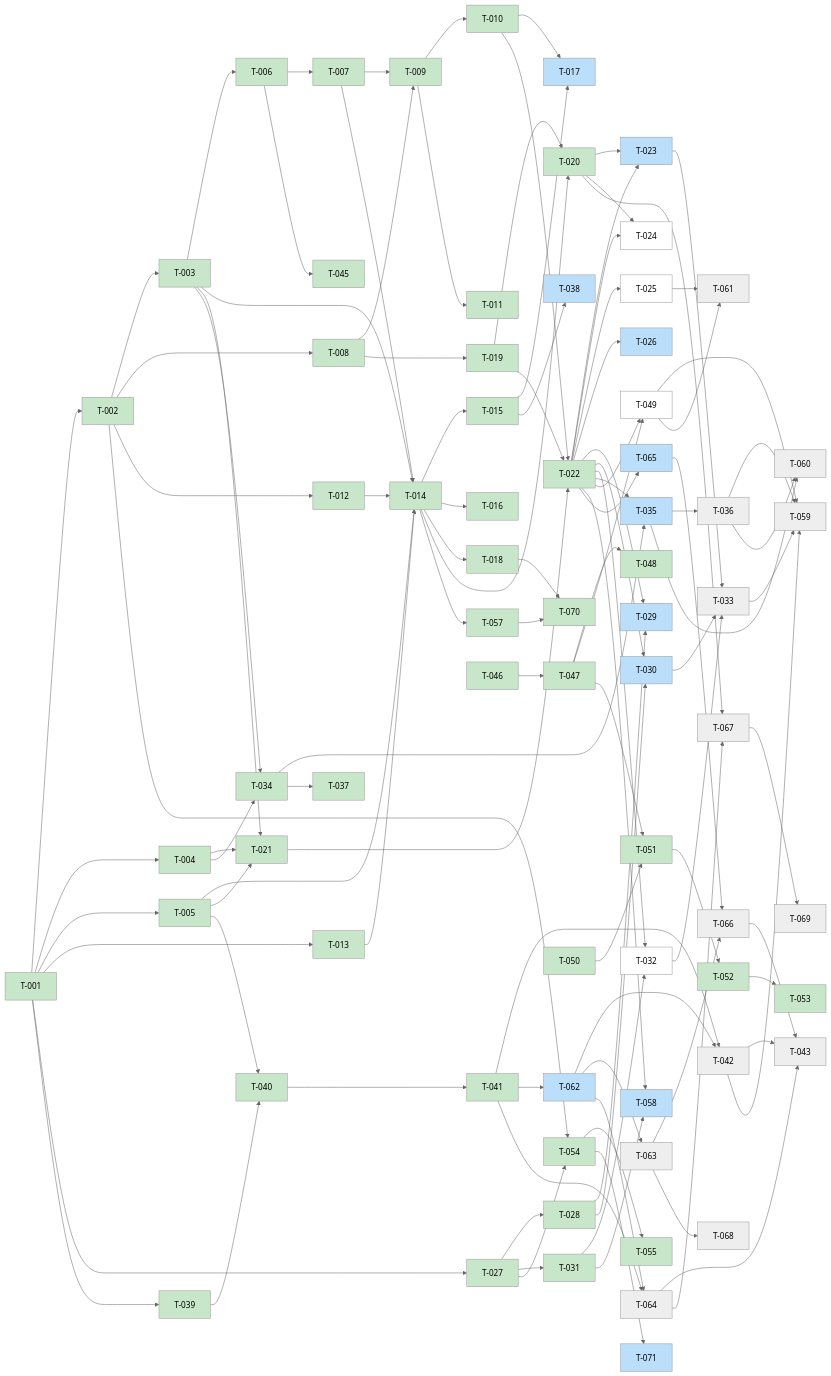
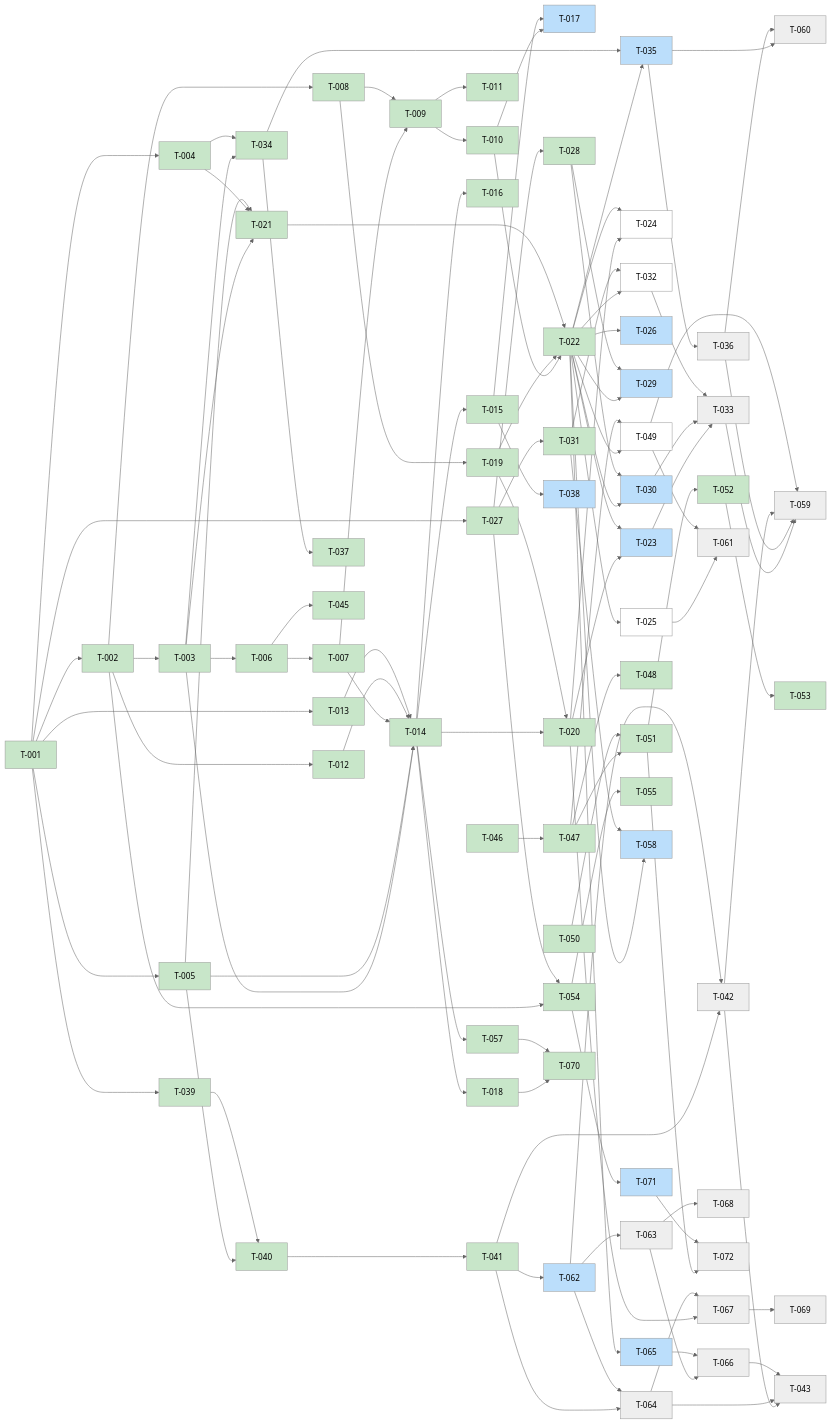
Before and after one commit to scholtz/biatec-chat: the diagram in kanban/BOARD.md, drawn with Mermaid (neutral theme). The commit also changed other lines of this file and 2 other files, not shown here.

Commit message:
kanban: add T-072 (failing authenticator enrollment tests), follow-up of T-071

````diff
--- a/kanban/BOARD.md
+++ b/kanban/BOARD.md
@@ -210,6 +211,8 @@
   T018[T-018] --> T070[T-070]
   T057[T-057] --> T070[T-070]
   T054[T-054] --> T071[T-071]
+  T051[T-051] --> T072[T-072]
+  T071[T-071] --> T072[T-072]
   classDef done fill:#c8e6c9
   classDef review fill:#fff9c4
   classDef inprogress fill:#bbdefb
@@ -218,5 +221,5 @@
   class T001,T002,T003,T004,T005,T006,T007,T008,T009,T010,T011,T012,T013,T014,T015,T016,T018,T019,T020,T021,T022,T027,T028,T031,T034,T037,T039,T040,T041,T044,T045,T046,T047,T048,T050,T051,T052,T053,T054,T055,T056,T057,T070 done
   class T023,T017,T029,T030,T035,T038,T062,T071,T026,T065,T058 inprogress
   class T024,T032,T049,T025 backlog
-  class T042,T033,T036,T059,T063,T064,T043,T066,T068,T060,T061,T067,T069 blocked
+  class T042,T033,T036,T059,T063,T064,T043,T066,T068,T072,T060,T061,T067,T069 blocked
 ```
````
